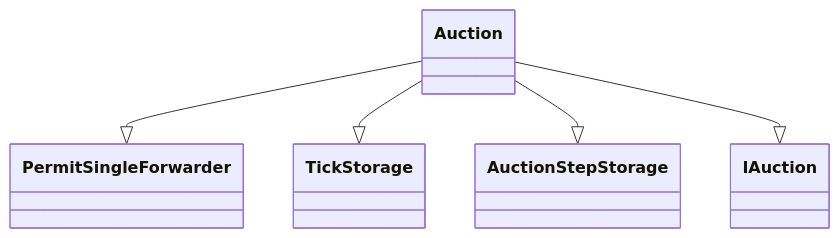
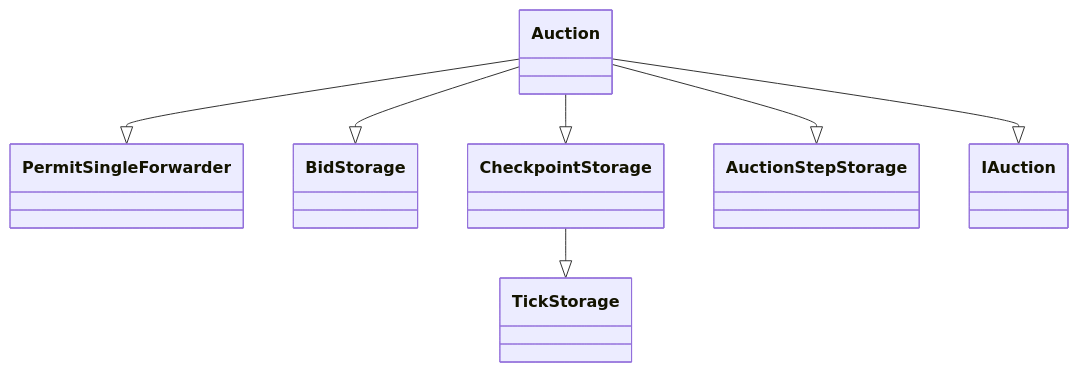
The second of 5 diagrams in README.md (Uniswap/continuous-clearing-auction), drawn with Mermaid before and after one commit. The commit also changed other lines of this file, not shown here.

````diff
--- a/README.md
+++ b/README.md
@@ -82,12 +94,18 @@
 ```mermaid
 classDiagram
     class PermitSingleForwarder
+    class BidStorage
+    class CheckpointStorage
     class TickStorage
     class AuctionStepStorage
     class IAuction
+    
     Auction --|> PermitSingleForwarder
-    Auction --|> TickStorage
+    Auction --|> BidStorage
+    Auction --|> CheckpointStorage
     Auction --|> AuctionStepStorage
     Auction --|> IAuction
+    CheckpointStorage --|> TickStorage
+    
     class Auction
 ```
````
